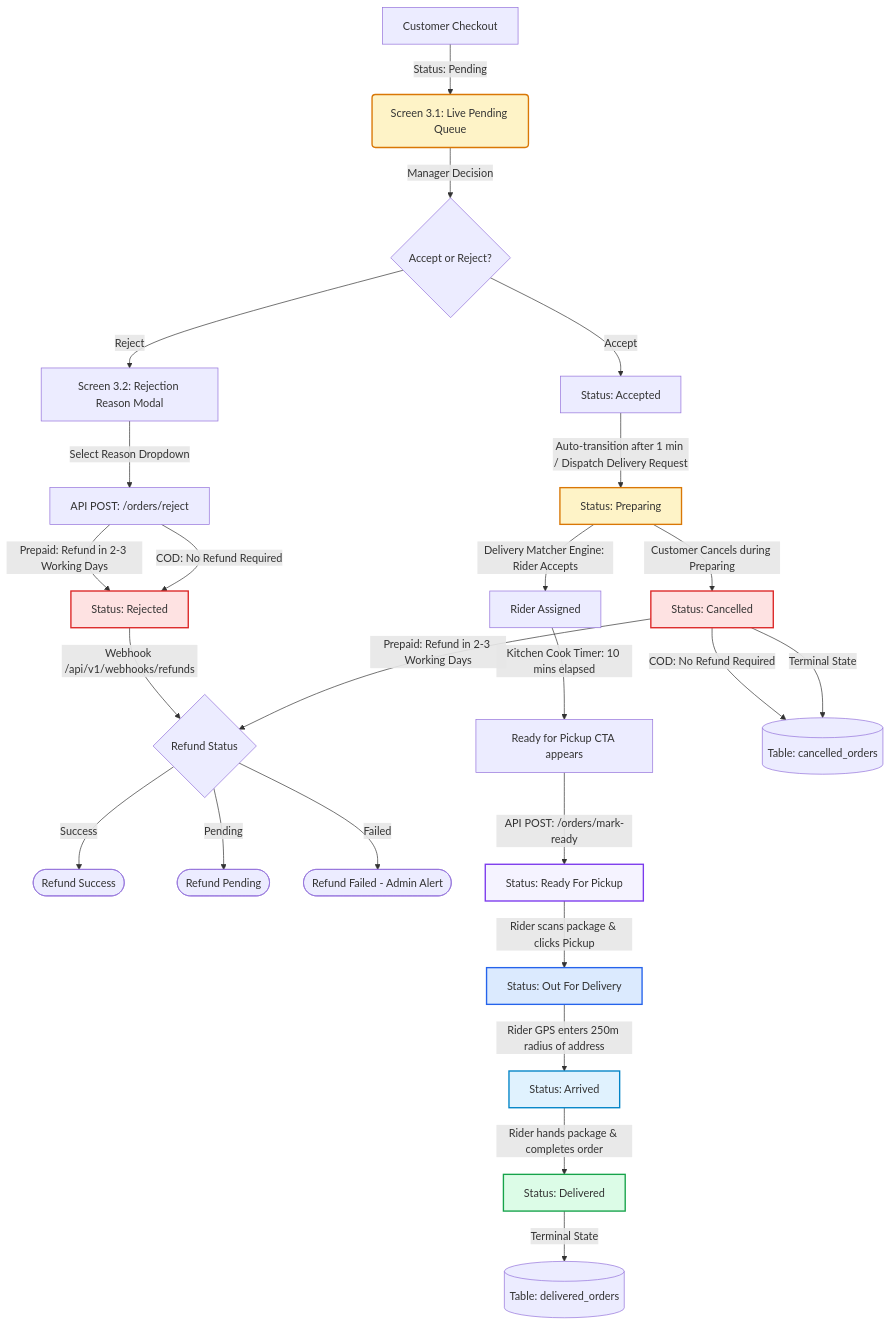
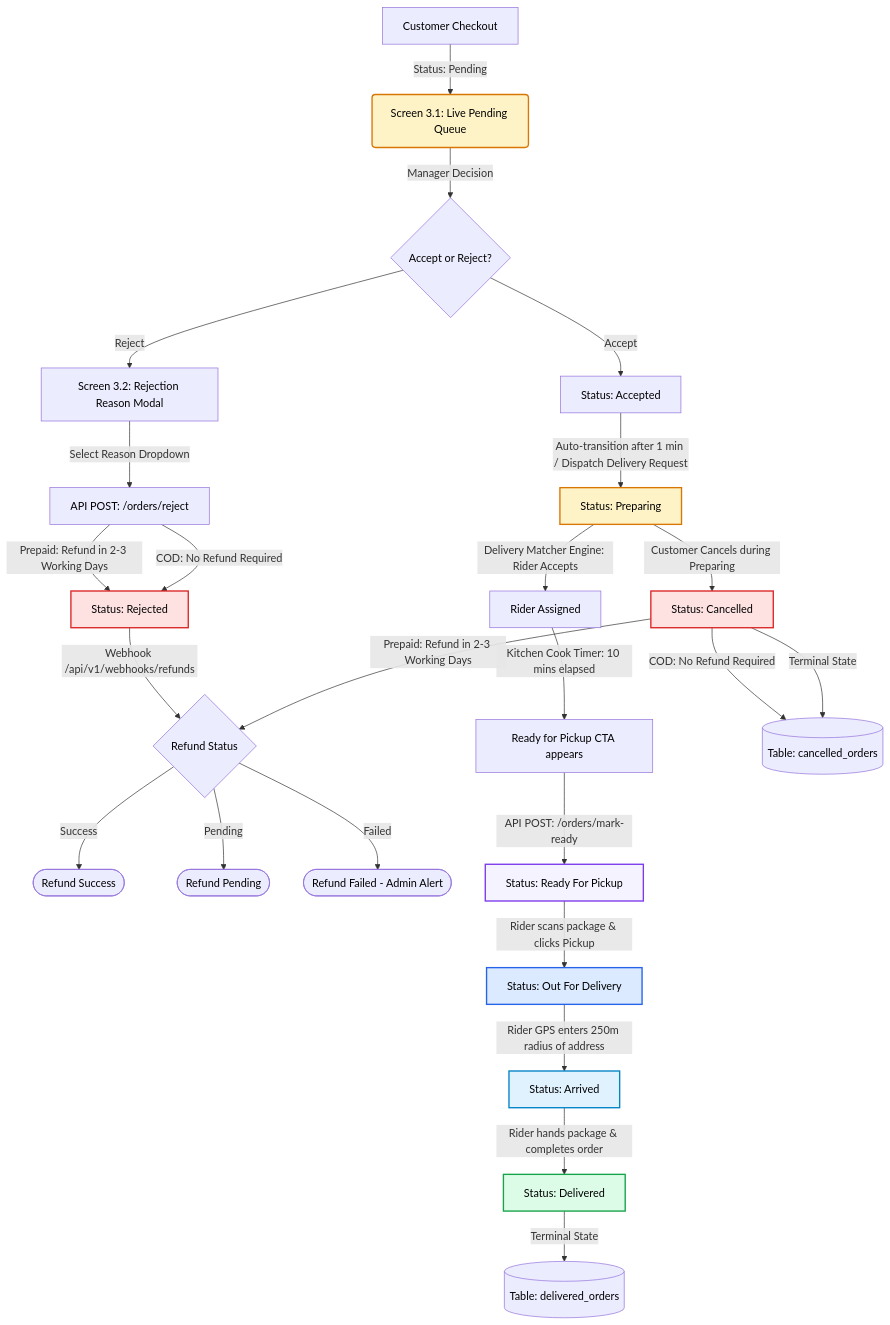
One commit to codentratechnologies/Restaurant-portals changed the diagram in restro.md. Above: the diagram before and after it, drawn with Mermaid. The commit also changed other lines of this file, not shown here.

````diff
--- a/restro.md
+++ b/restro.md
@@ -1326,55 +1326,56 @@
 ```mermaid
 graph TD
+    classDef default color:#000;
     %% Order Creation & Intake
     A[Customer Checkout] -->|Status: Pending| B(Screen 3.1: Live Pending Queue)
     B -->|Manager Decision| C{Accept or Reject?}
     
     %% Rejection Path
     C -->|Reject| D[Screen 3.2: Rejection Reason Modal]
     D -->|Select Reason Dropdown| E[API POST: /orders/reject]
     E -->|Prepaid: Refund in 2-3 Working Days| F[Status: Rejected]
     E -->|COD: No Refund Required| F[Status: Rejected]
     F -->|Webhook /api/v1/webhooks/refunds| G{Refund Status}
     G -->|Success| H([Refund Success])
     G -->|Pending| I([Refund Pending])
     G -->|Failed| J([Refund Failed - Admin Alert])
 
     %% Acceptance & Preparation Path
     C -->|Accept| K[Status: Accepted]
     K -->|Auto-transition after 1 min / Dispatch Delivery Request| M[Status: Preparing]
     
     %% Rider Assignment (Under Preparing)
     M -->|Delivery Matcher Engine: Rider Accepts| R[Rider Assigned]
     
     %% Ready for Pickup (10 min cook time delay)
     R -->|Kitchen Cook Timer: 10 mins elapsed| N[Ready for Pickup CTA appears]
     N -->|API POST: /orders/mark-ready| O[Status: Ready For Pickup]
 
     %% Cancellation Path (Only allowed during Preparing)
     M -->|Customer Cancels during Preparing| Y[Status: Cancelled]
     Y -->|Prepaid: Refund in 2-3 Working Days| G{Refund Status}
     Y -->|COD: No Refund Required| Z[(Table: cancelled_orders)]
 
     %% Rider Handover & Pickup
     O -->|Rider scans package & clicks Pickup| S[Status: Out For Delivery]
     
     %% Transit & Geofence
     S -->|Rider GPS enters 250m radius of address| T[Status: Arrived]
     
     %% Handover Resolution
     T -->|Rider hands package & completes order| U[Status: Delivered]
     
     %% Auditing Ledger
     U -->|Terminal State| W[(Table: delivered_orders)]
     Y -->|Terminal State| Z[(Table: cancelled_orders)]
     
     %% Style formatting
-    style B fill:#FEF3C7,stroke:#D97706,stroke-width:2px
-    style F fill:#FEE2E2,stroke:#DC2626,stroke-width:2px
-    style M fill:#FEF3C7,stroke:#D97706,stroke-width:2px
-    style O fill:#F5F3FF,stroke:#7C3AED,stroke-width:2px
-    style S fill:#DBEAFE,stroke:#2563EB,stroke-width:2px
-    style T fill:#E0F2FE,stroke:#0284C7,stroke-width:2px
-    style U fill:#DCFCE7,stroke:#16A34A,stroke-width:2px
-    style Y fill:#FEE2E2,stroke:#DC2626,stroke-width:2px
+    style B fill:#FEF3C7,stroke:#D97706,stroke-width:2px,color:#000
+    style F fill:#FEE2E2,stroke:#DC2626,stroke-width:2px,color:#000
+    style M fill:#FEF3C7,stroke:#D97706,stroke-width:2px,color:#000
+    style O fill:#F5F3FF,stroke:#7C3AED,stroke-width:2px,color:#000
+    style S fill:#DBEAFE,stroke:#2563EB,stroke-width:2px,color:#000
+    style T fill:#E0F2FE,stroke:#0284C7,stroke-width:2px,color:#000
+    style U fill:#DCFCE7,stroke:#16A34A,stroke-width:2px,color:#000
+    style Y fill:#FEE2E2,stroke:#DC2626,stroke-width:2px,color:#000
 ```
````
